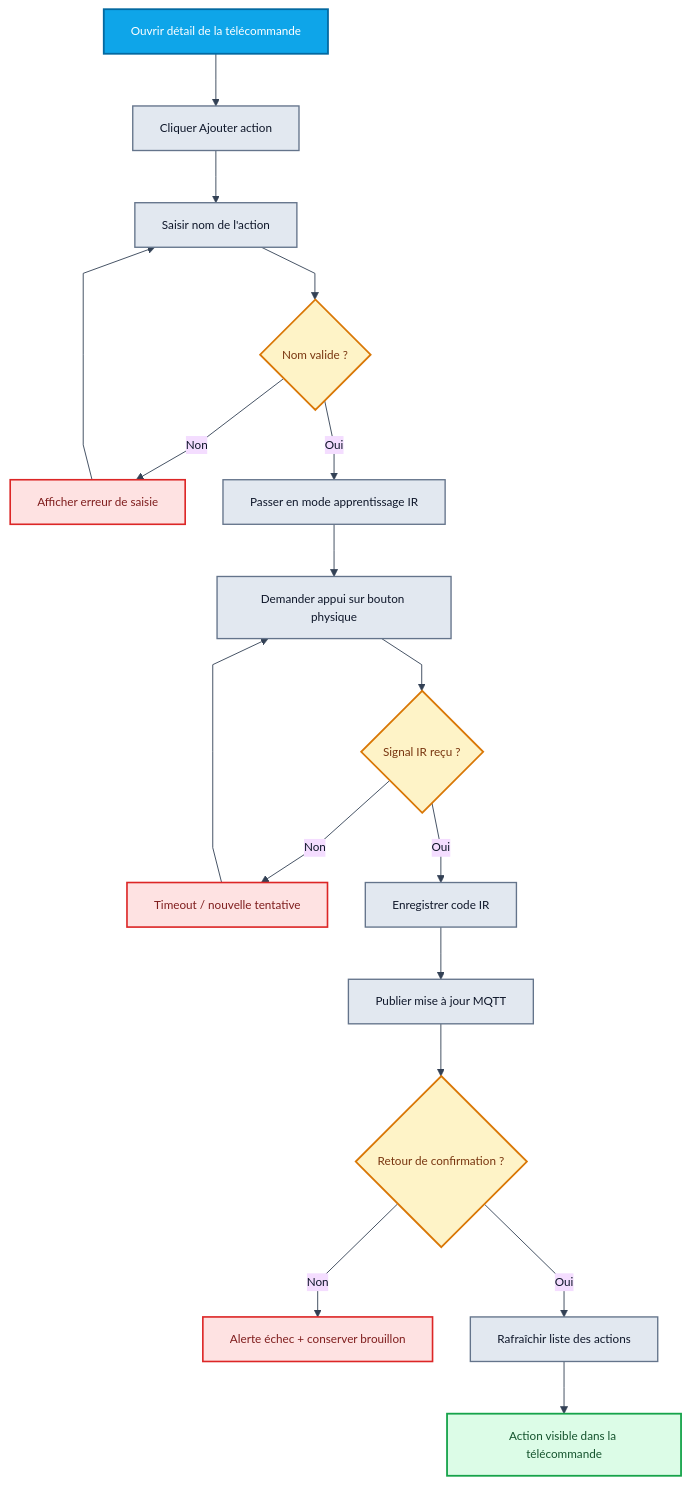
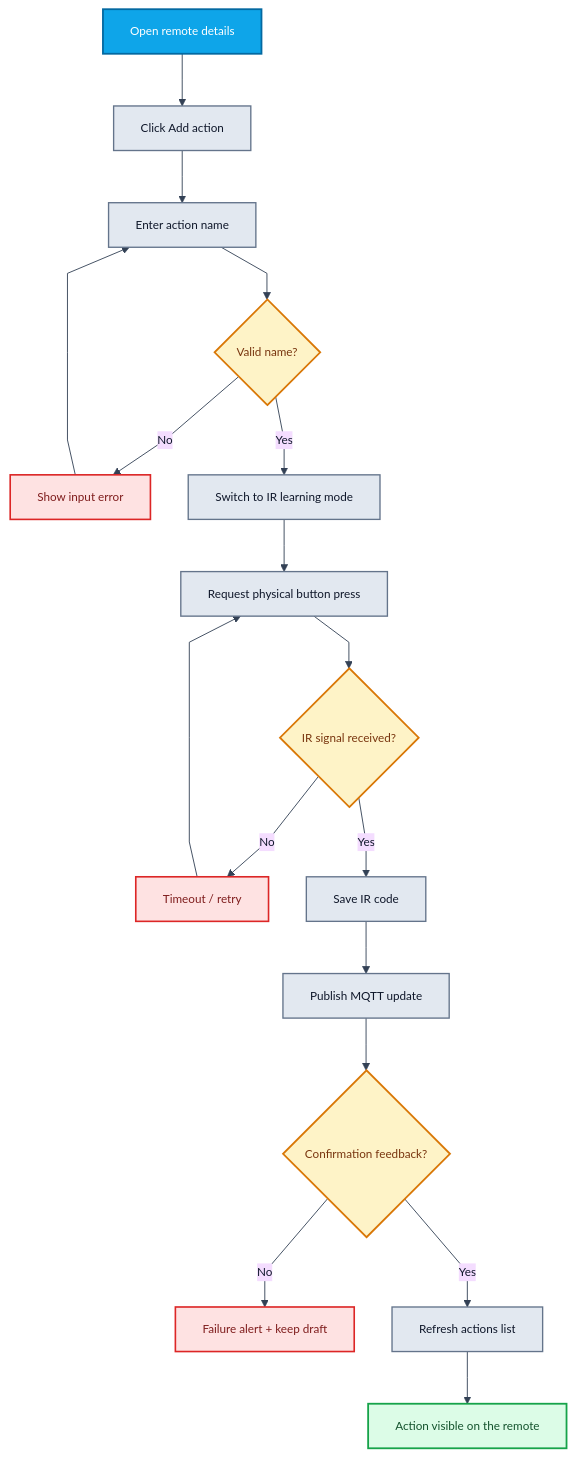
One commit to Kacper264/WaveControl-Mobile_App changed the seventh of 8 diagrams in LOGIGRAMMES_MERMAID.md. Above: the diagram before and after it, drawn with Mermaid. The commit also changed other lines of this file and 41 other files, not shown here.

````diff
--- a/LOGIGRAMMES_MERMAID.md
+++ b/LOGIGRAMMES_MERMAID.md
@@ -329,56 +282,56 @@
 ```mermaid
 ---
 
 ---
 config:
   theme: base
   flowchart:
     nodeSpacing: 42
     rankSpacing: 58
     curve: linear
   themeVariables:
     fontSize: 13px
     lineColor: '#334155'
     primaryTextColor: '#0f172a'
     fontFamily: Inter,Segoe UI,Arial
   layout: fixed
 ---
 flowchart TB
-    A["Ouvrir détail de la télécommande"] --> B["Cliquer Ajouter action"]
-    B --> C["Saisir nom de l'action"]
-    C --> D{"Nom valide ?"}
-    D -- Non --> E["Afficher erreur de saisie"]
+  A["Open remote details"] --> B["Click Add action"]
+  B --> C["Enter action name"]
+  C --> D{"Valid name?"}
+  D -- No --> E["Show input error"]
     E --> C
-    D -- Oui --> F["Passer en mode apprentissage IR"]
-    F --> G["Demander appui sur bouton physique"]
-    G --> H{"Signal IR reçu ?"}
-    H -- Non --> I["Timeout / nouvelle tentative"]
+  D -- Yes --> F["Switch to IR learning mode"]
+  F --> G["Request physical button press"]
+  G --> H{"IR signal received?"}
+  H -- No --> I["Timeout / retry"]
     I --> G
-    H -- Oui --> J["Enregistrer code IR"]
-    J --> K["Publier mise à jour MQTT"]
-    K --> L{"Retour de confirmation ?"}
-    L -- Non --> M["Alerte échec + conserver brouillon"]
-    L -- Oui --> N["Rafraîchir liste des actions"]
-    N --> O["Action visible dans la télécommande"]
+  H -- Yes --> J["Save IR code"]
+  J --> K["Publish MQTT update"]
+  K --> L{"Confirmation feedback?"}
+  L -- No --> M["Failure alert + keep draft"]
+  L -- Yes --> N["Refresh actions list"]
+  N --> O["Action visible on the remote"]
 
      A:::start
      B:::action
      C:::action
      D:::decision
      E:::warning
      F:::action
      G:::action
      H:::decision
      I:::warning
      J:::action
      K:::action
      L:::decision
      M:::warning
      N:::action
      O:::result
     classDef start fill:#0ea5e9,stroke:#0369a1,color:#ffffff,stroke-width:2px
     classDef action fill:#e2e8f0,stroke:#64748b,color:#0f172a,stroke-width:1.5px
     classDef decision fill:#fef3c7,stroke:#d97706,color:#78350f,stroke-width:2px
     classDef result fill:#dcfce7,stroke:#16a34a,color:#14532d,stroke-width:2px
     classDef warning fill:#fee2e2,stroke:#dc2626,color:#7f1d1d,stroke-width:1.8px
 ```
````
